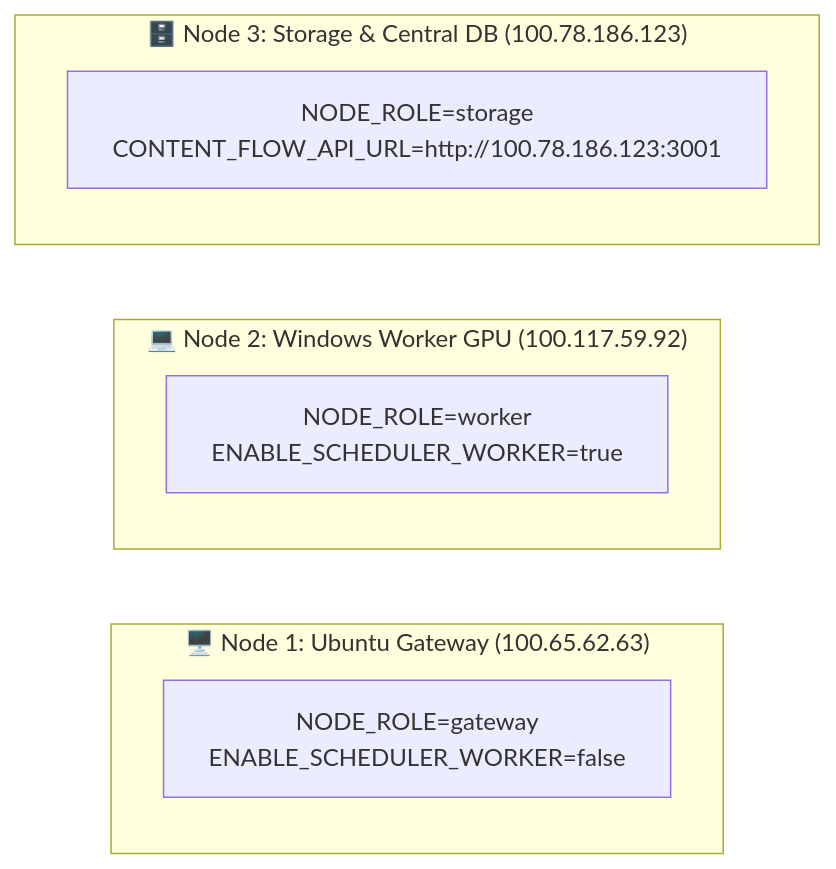
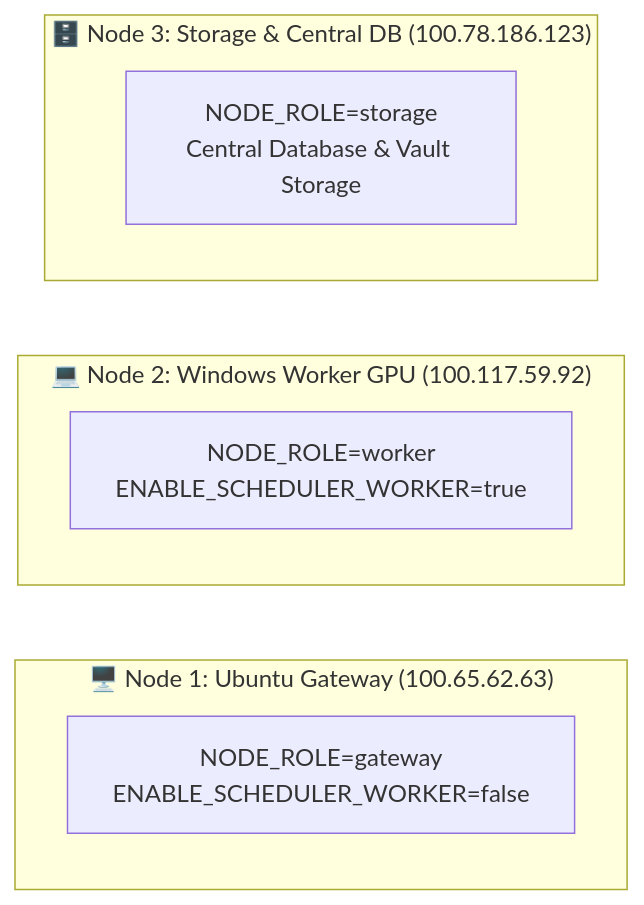
One commit to sabeq83/makna-grid changed the first of 2 diagrams in sot/global/MAKNA_GRID_DISTRIBUTED_ARCHITECTURE_SOT.md. Above: the diagram before and after it, drawn with Mermaid. The commit also changed other lines of this file and 4 other files, not shown here.

Commit message:
release: v2.2.67 — SOT Update Single-Database ContentFlow Ingest Architecture

````diff
--- a/sot/global/MAKNA_GRID_DISTRIBUTED_ARCHITECTURE_SOT.md
+++ b/sot/global/MAKNA_GRID_DISTRIBUTED_ARCHITECTURE_SOT.md
@@ -35,14 +35,14 @@
 ```mermaid
 graph LR
     subgraph NODE1["🖥️ Node 1: Ubuntu Gateway (100.65.62.63)"]
         N1_Role["NODE_ROLE=gateway<br/>ENABLE_SCHEDULER_WORKER=false"]
     end
 
     subgraph NODE2["💻 Node 2: Windows Worker GPU (100.117.59.92)"]
         N2_Role["NODE_ROLE=worker<br/>ENABLE_SCHEDULER_WORKER=true"]
     end
 
     subgraph NODE3["🗄️ Node 3: Storage & Central DB (100.78.186.123)"]
-        N3_Role["NODE_ROLE=storage<br/>CONTENT_FLOW_API_URL=http://100.78.186.123:3001"]
+        N3_Role["NODE_ROLE=storage<br/>Central Database & Vault Storage"]
     end
 ```
````
